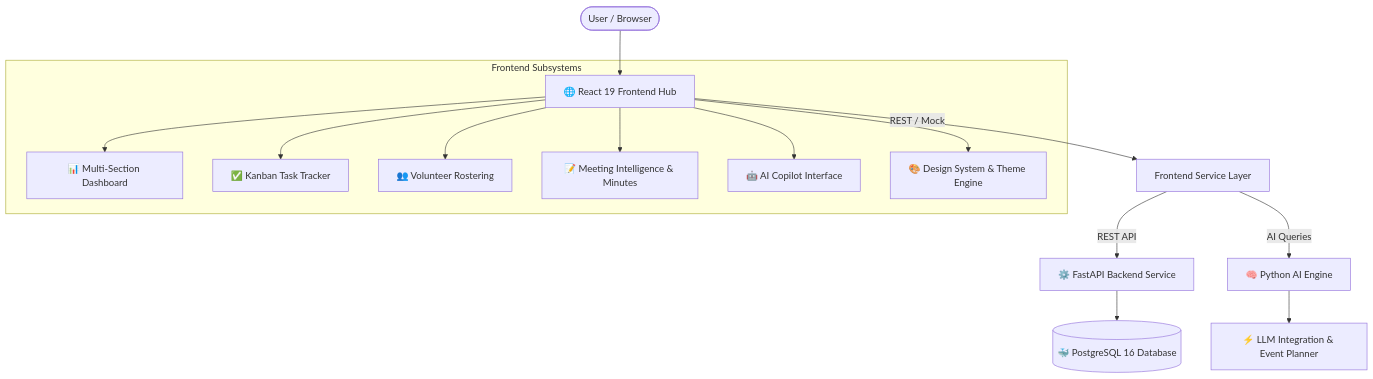
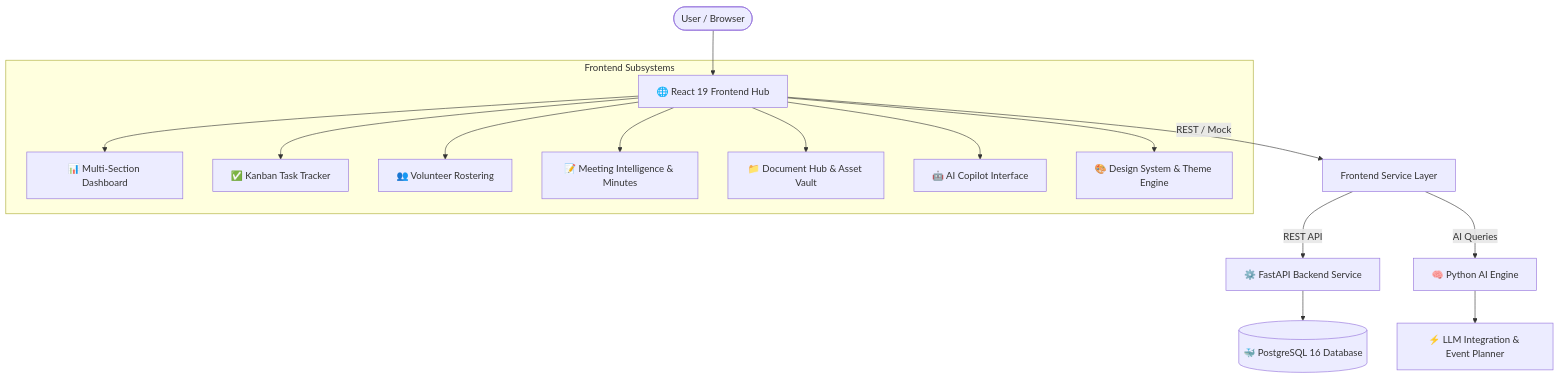
One commit to jaiminrangpara17/ClubOps-AI changed the diagram in README.md. Above: the diagram before and after it, drawn with Mermaid. The commit also changed other lines of this file and 21 other files, not shown here.

Commit message:
feat(frontend): integrate complete document management subsystem, asset vault, and update documentation

````diff
--- a/README.md
+++ b/README.md
@@ -42,20 +42,21 @@
 ```mermaid
 graph TD
     User([User / Browser]) --> Frontend[🌐 React 19 Frontend Hub]
     
     subgraph Frontend Subsystems
         Frontend --> Dash[📊 Multi-Section Dashboard]
         Frontend --> TaskMod[✅ Kanban Task Tracker]
         Frontend --> VolMod[👥 Volunteer Rostering]
         Frontend --> MeetMod[📝 Meeting Intelligence & Minutes]
+        Frontend --> DocMod[📁 Document Hub & Asset Vault]
         Frontend --> CopilotUI[🤖 AI Copilot Interface]
         Frontend --> Foundation[🎨 Design System & Theme Engine]
     end
     
     Frontend -->|REST / Mock| ServiceLayer[Frontend Service Layer]
     ServiceLayer -->|REST API| Backend[⚙️ FastAPI Backend Service]
     ServiceLayer -->|AI Queries| AIEngine[🧠 Python AI Engine]
     
     Backend --> DB[(🐳 PostgreSQL 16 Database)]
     AIEngine --> LLM[⚡ LLM Integration & Event Planner]
 ```
````
